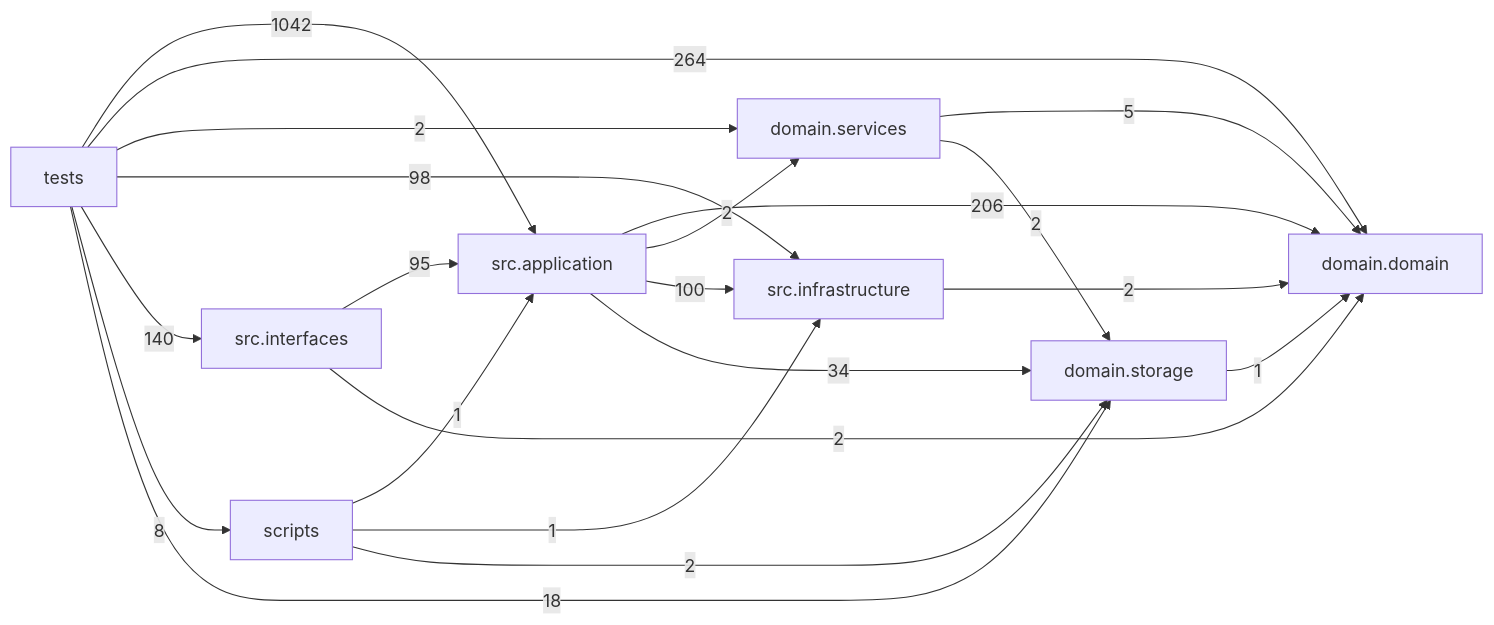
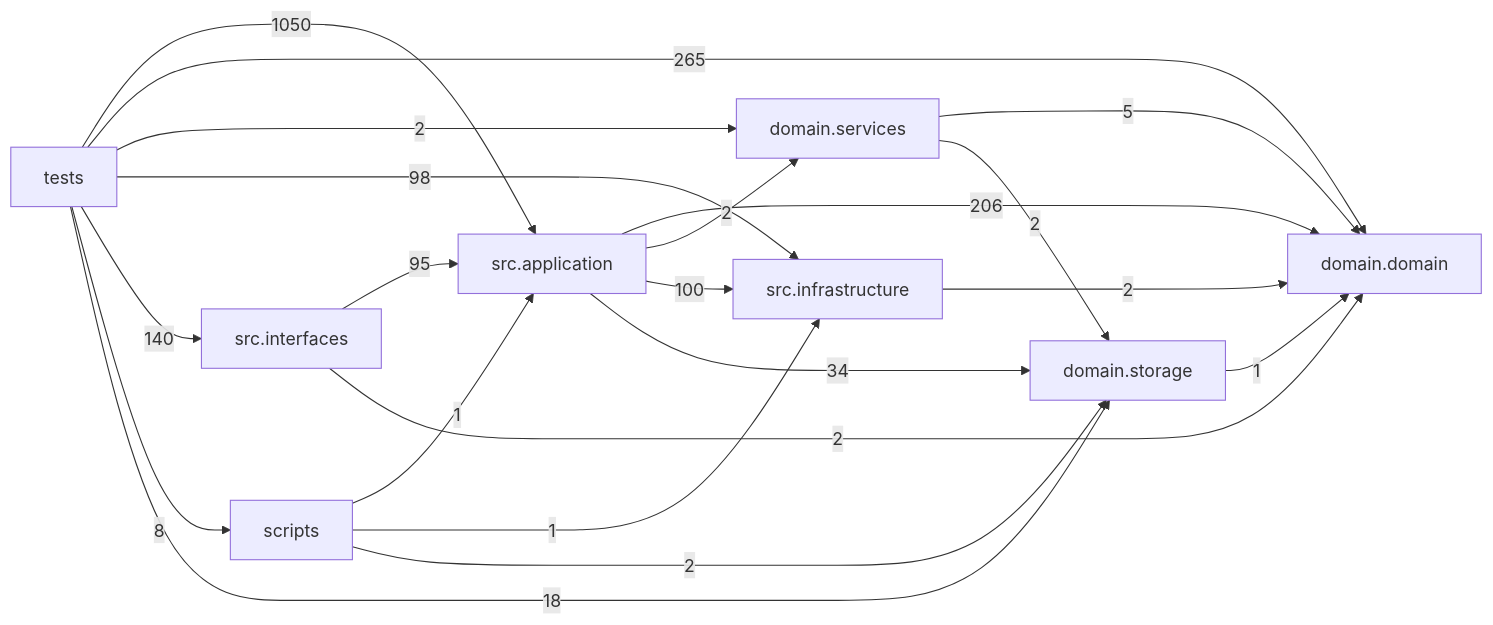
One commit to liuxie066/options-monitor changed the diagram in docs/DEPENDENCY_GRAPH.md. Above: the diagram before and after it, drawn with Mermaid. The commit also changed other lines of this file and 10 other files, not shown here.

````diff
--- a/docs/DEPENDENCY_GRAPH.md
+++ b/docs/DEPENDENCY_GRAPH.md
@@ -24,31 +24,31 @@
 ```mermaid
 flowchart LR
   tests["tests"]
   scripts["scripts"]
   interfaces["src.interfaces"]
   application["src.application"]
   infrastructure["src.infrastructure"]
   domain_services["domain.services"]
   domain["domain.domain"]
   storage["domain.storage"]
   application -->|206| domain
   application -->|2| domain_services
   application -->|100| infrastructure
   application -->|34| storage
   domain_services -->|5| domain
   domain_services -->|2| storage
   infrastructure -->|2| domain
   interfaces -->|95| application
   interfaces -->|2| domain
   scripts -->|1| application
   scripts -->|1| infrastructure
   scripts -->|2| storage
   storage -->|1| domain
-  tests -->|1042| application
-  tests -->|264| domain
+  tests -->|1050| application
+  tests -->|265| domain
   tests -->|2| domain_services
   tests -->|98| infrastructure
   tests -->|140| interfaces
   tests -->|8| scripts
   tests -->|18| storage
 ```
````
